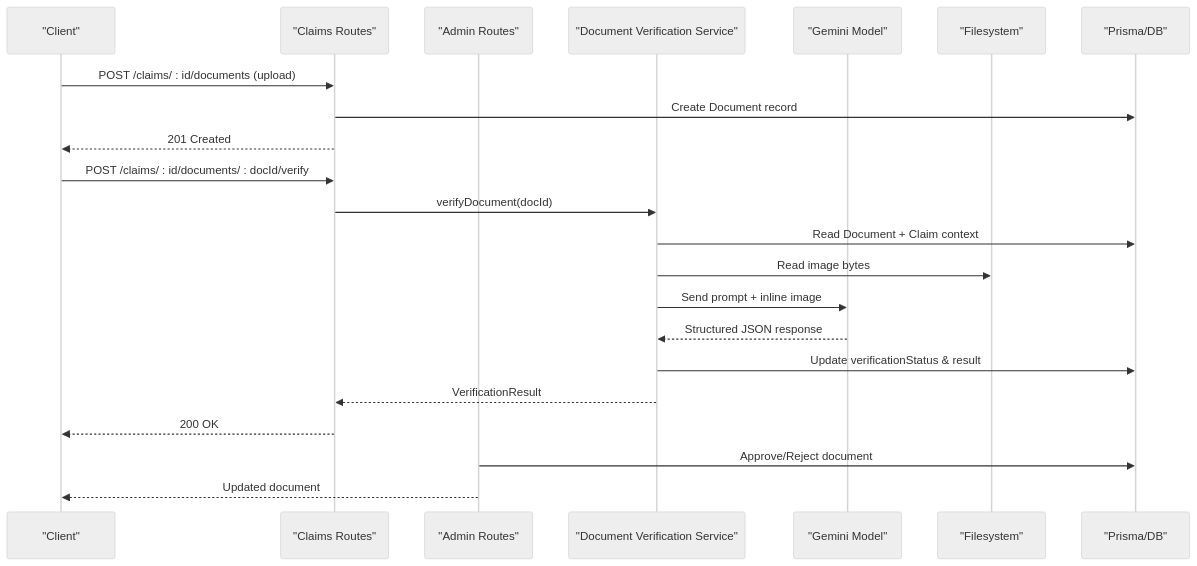
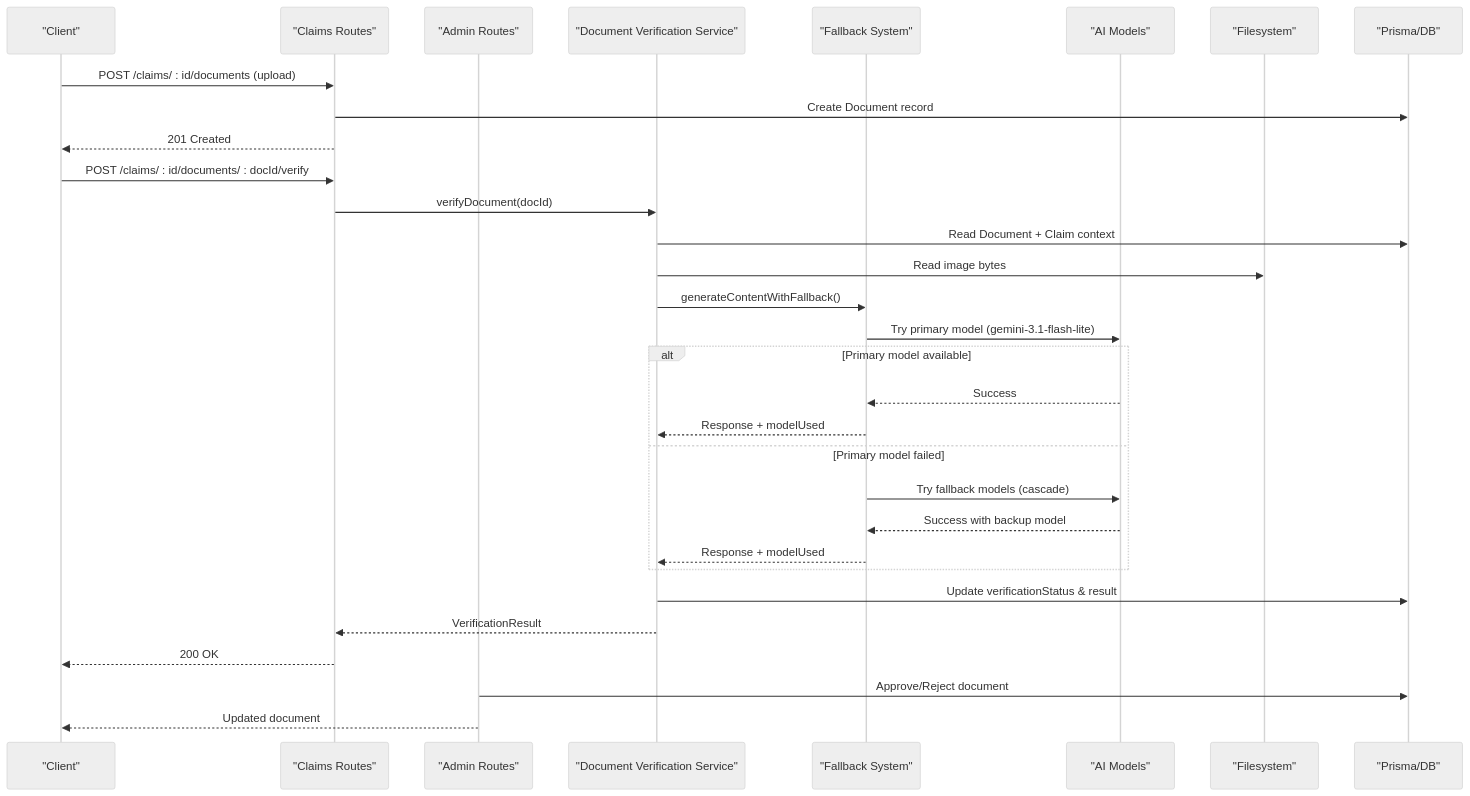
The second of 5 diagrams in .qoder/repowiki/en/content/AI Services Integration/Document Verification Service.md (NaveenHiranya/Smart-Vehicle-Insurance-Claim-System), drawn with Mermaid (neutral theme) before and after one commit. The commit also changed other lines of this file and 41 other files, not shown here.

````diff
--- a/.qoder/repowiki/en/content/AI Services Integration/Document Verification Service.md
+++ b/.qoder/repowiki/en/content/AI Services Integration/Document Verification Service.md
@@ -97,24 +114,33 @@
 ```mermaid
 sequenceDiagram
 participant Client as "Client"
 participant ClaimsRoutes as "Claims Routes"
 participant AdminRoutes as "Admin Routes"
 participant DocSvc as "Document Verification Service"
-participant Gemini as "Gemini Model"
+participant Fallback as "Fallback System"
+participant Models as "AI Models"
 participant FS as "Filesystem"
 participant DB as "Prisma/DB"
 Client->>ClaimsRoutes : POST /claims/ : id/documents (upload)
 ClaimsRoutes->>DB : Create Document record
 ClaimsRoutes-->>Client : 201 Created
 Client->>ClaimsRoutes : POST /claims/ : id/documents/ : docId/verify
 ClaimsRoutes->>DocSvc : verifyDocument(docId)
 DocSvc->>DB : Read Document + Claim context
 DocSvc->>FS : Read image bytes
-DocSvc->>Gemini : Send prompt + inline image
-Gemini-->>DocSvc : Structured JSON response
+DocSvc->>Fallback : generateContentWithFallback()
+Fallback->>Models : Try primary model (gemini-3.1-flash-lite)
+alt Primary model available
+Models-->>Fallback : Success
+Fallback-->>DocSvc : Response + modelUsed
+else Primary model failed
+Fallback->>Models : Try fallback models (cascade)
+Models-->>Fallback : Success with backup model
+Fallback-->>DocSvc : Response + modelUsed
+end
 DocSvc->>DB : Update verificationStatus & result
 DocSvc-->>ClaimsRoutes : VerificationResult
 ClaimsRoutes-->>Client : 200 OK
 AdminRoutes->>DB : Approve/Reject document
 AdminRoutes-->>Client : Updated document
 ```
````
